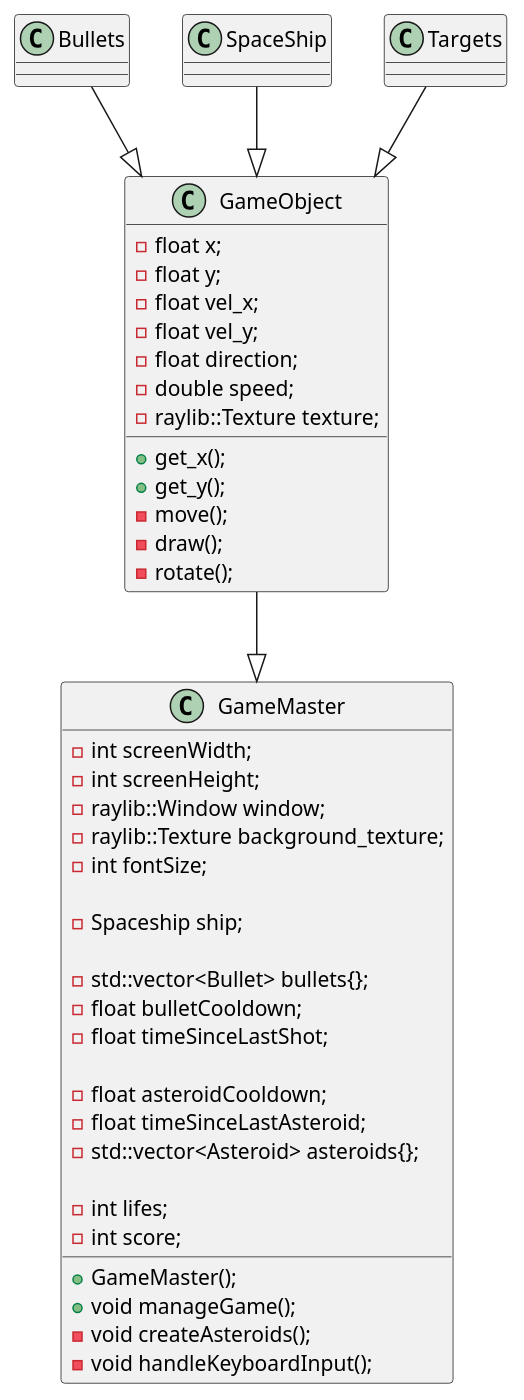
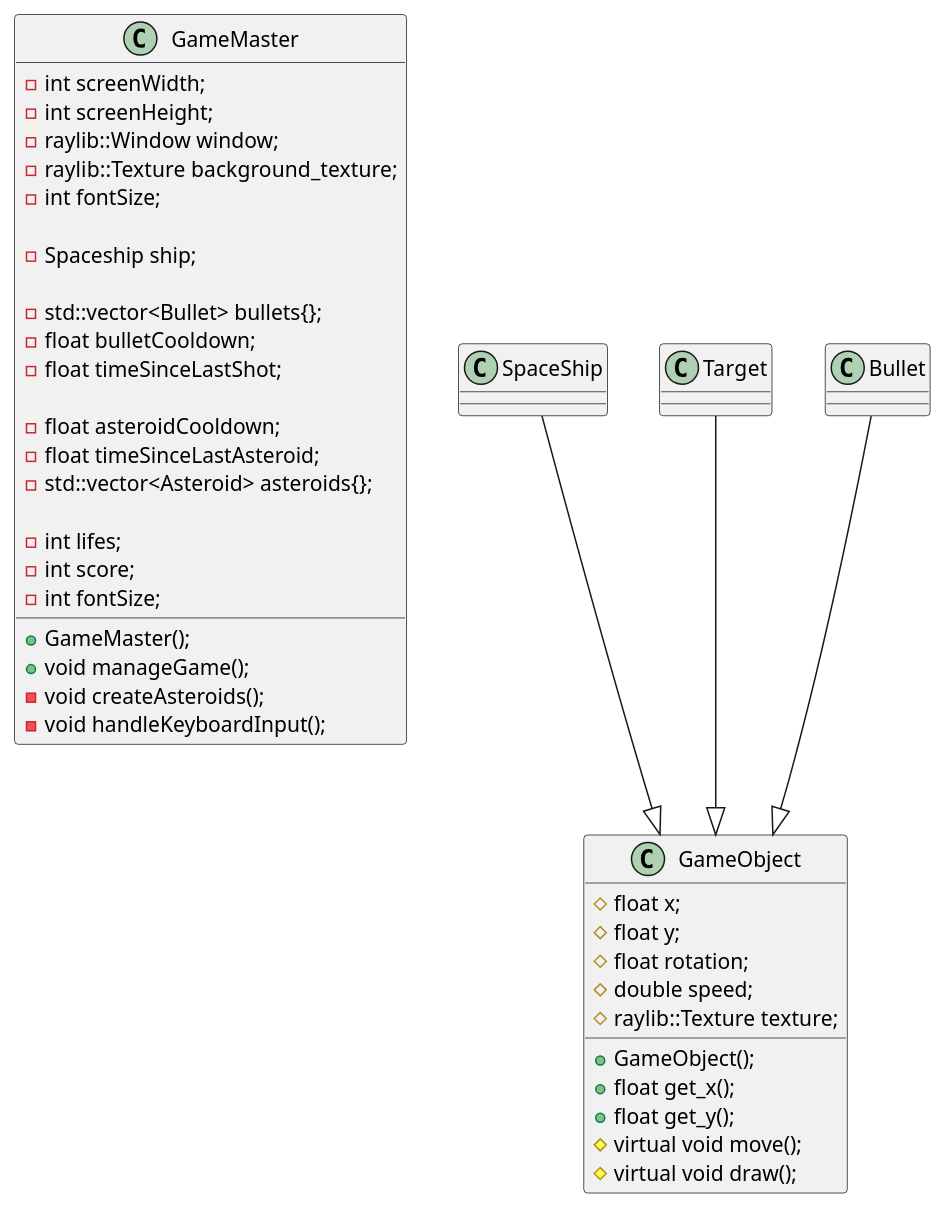
One commit to seymenas/ProgBAsteroids changed the diagram in uml.puml. Above: the diagram before and after it, drawn with PlantUML. The commit also changed 1 other file, not shown here.

Commit message:
upadted uml

```diff
--- a/uml.puml
+++ b/uml.puml
@@ -1,60 +1,57 @@
 @startuml
 
 class GameMaster {
     -int screenWidth;
     -int screenHeight;
     -raylib::Window window;
     -raylib::Texture background_texture;
     -int fontSize;
 
     -Spaceship ship;
 
     -std::vector<Bullet> bullets{};
     -float bulletCooldown;
     -float timeSinceLastShot;
 
     -float asteroidCooldown;
     -float timeSinceLastAsteroid;
     -std::vector<Asteroid> asteroids{};
 
     -int lifes;
     -int score;
+    -int fontSize;
 
     +GameMaster();
     +void manageGame();
     -void createAsteroids();
     -void handleKeyboardInput();
 }
 
 class GameObject {
-    -float x;
-    -float y;
-    -float vel_x;
-    -float vel_y;
-    -float direction;
-    -double speed;
-    -raylib::Texture texture;
-    +get_x();
-    +get_y();
-    -move();
-    -draw();
-    -rotate();
+    #float x;
+    #float y;
+    #float rotation;
+    #double speed;
+    #raylib::Texture texture;
+
+    +GameObject();
+    +float get_x();
+    +float get_y();
+    #virtual void move();
+    #virtual void draw();
 }
 
-class Bullets {
+SpaceShip --|> GameObject
+Target --|> GameObject
+Bullet --|> GameObject
+
+class Bullet {
 }
 
 class SpaceShip {
 }
 
-class Targets {
+class Target {
 }
 
-
-SpaceShip --|> GameObject
-Targets --|> GameObject
-Bullets --|> GameObject
-
-GameObject --|> GameMaster
-
 @enduml
```
